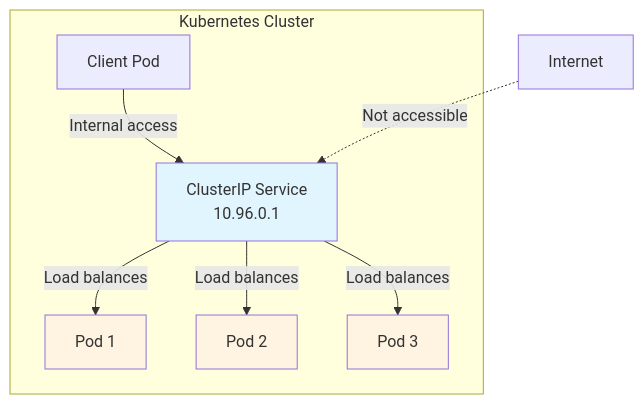
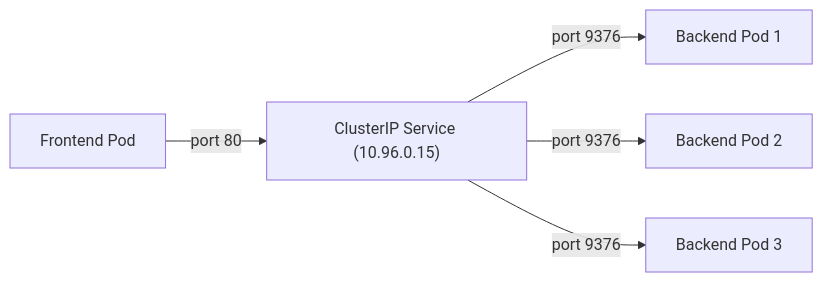
Before and after one commit to Antoine-Flo/kube-mastery: the diagram in src/courses/modules/services-networking/01-services-intro/02-clusterip-service/en/content.md, drawn with Mermaid. The commit also changed other lines of this file and 290 other files, not shown here.

````diff
--- a/src/courses/modules/services-networking/01-services-intro/02-clusterip-service/en/content.md
+++ b/src/courses/modules/services-networking/01-services-intro/02-clusterip-service/en/content.md
@@ -5,23 +17,7 @@
 ```mermaid
-flowchart TD
-    subgraph Cluster["Kubernetes Cluster"]
-        ClientPod[Client Pod]
-        Service[ClusterIP Service<br/>10.96.0.1]
-
-        Pod1[Pod 1]
-        Pod2[Pod 2]
-        Pod3[Pod 3]
-
-        ClientPod -->|Internal access| Service
-        Service -->|Load balances| Pod1
-        Service -->|Load balances| Pod2
-        Service -->|Load balances| Pod3
-    end
-
-    External[Internet] -.->|Not accessible| Service
-
-    style Service fill:#e1f5ff
-    style Pod1 fill:#fff4e1
-    style Pod2 fill:#fff4e1
-    style Pod3 fill:#fff4e1
+flowchart LR
+  App["Frontend Pod"] -->|port 80| SVC["ClusterIP Service (10.96.0.15)"]
+  SVC -->|port 9376| Pod1["Backend Pod 1"]
+  SVC -->|port 9376| Pod2["Backend Pod 2"]
+  SVC -->|port 9376| Pod3["Backend Pod 3"]
 ```
````
